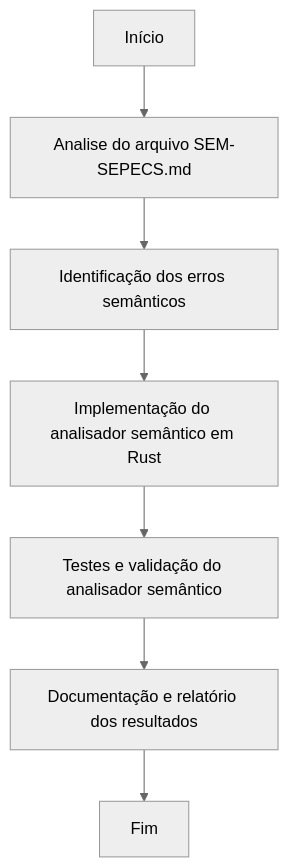
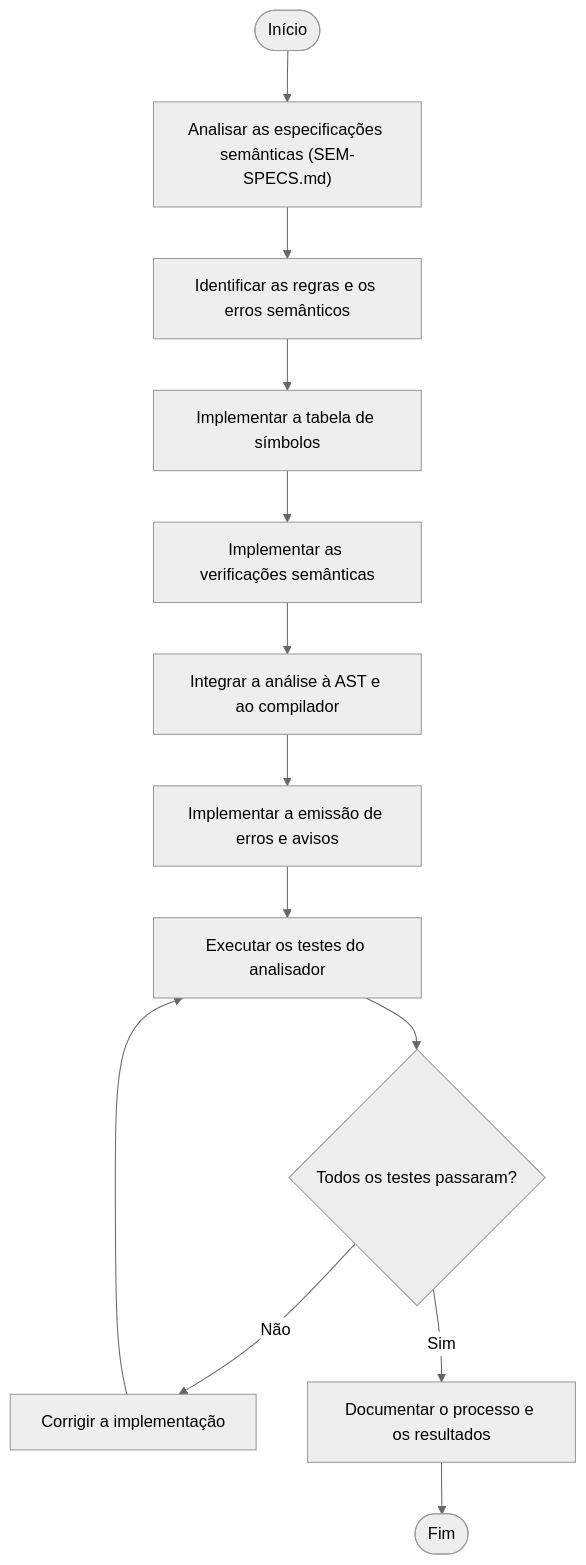
Before and after one commit to EricSL07/RustCompiler: the diagram in Parte 3/Artigo.md, drawn with Mermaid (neutral theme). The commit also changed other lines of this file and 2 other files, not shown here.

````diff
--- a/Parte 3/Artigo.md
+++ b/Parte 3/Artigo.md
@@ -23,9 +31,15 @@
 ```mermaid
 flowchart TD
-    A[Início] --> B[Analise do arquivo SEM-SEPECS.md]
-    B --> C[Identificação dos erros semânticos]
-    C --> D[Implementação do analisador semântico em Rust]
-    D --> E[Testes e validação do analisador semântico]
-    E --> F[Documentação e relatório dos resultados]
-    F --> G[Fim]
+    A([Início]) --> B["Analisar as especificações semânticas (SEM-SPECS.md)"]
+    B --> C["Identificar as regras e os erros semânticos"]
+    C --> D["Implementar a tabela de símbolos"]
+    D --> E["Implementar as verificações semânticas"]
+    E --> F["Integrar a análise à AST e ao compilador"]
+    F --> G["Implementar a emissão de erros e avisos"]
+    G --> H["Executar os testes do analisador"]
+    H --> I{"Todos os testes passaram?"}
+    I -- "Não" --> J["Corrigir a implementação"]
+    J --> H
+    I -- "Sim" --> K["Documentar o processo e os resultados"]
+    K --> L([Fim])
 ```
````
